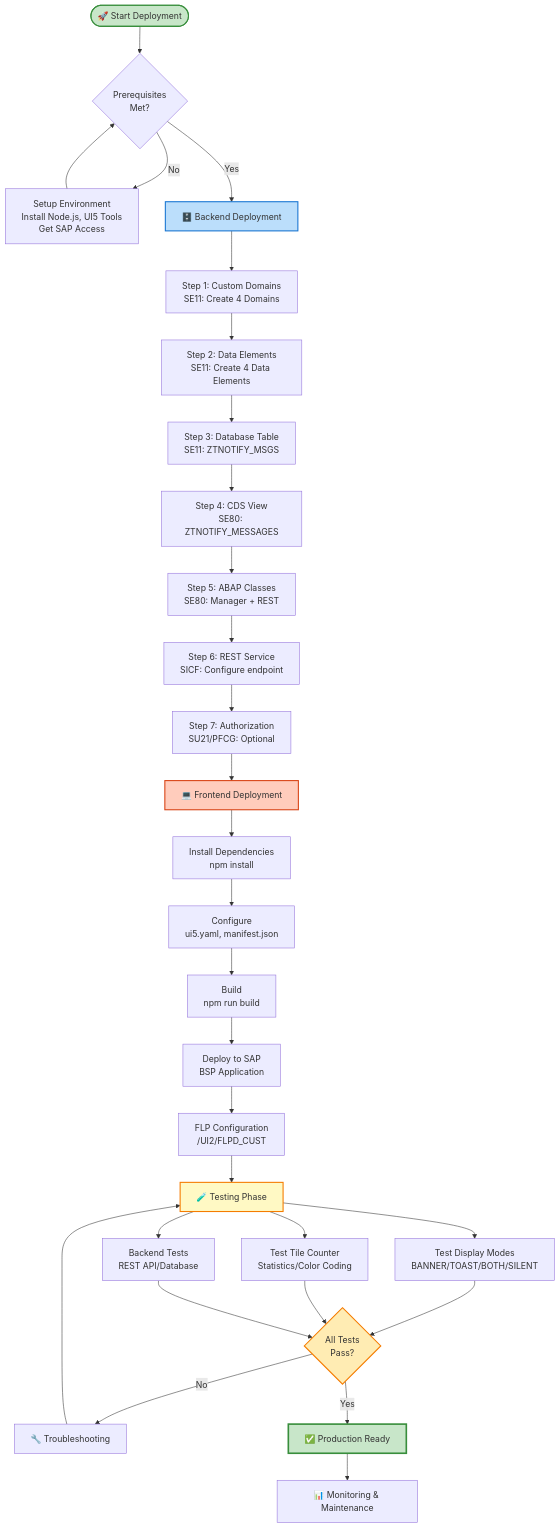
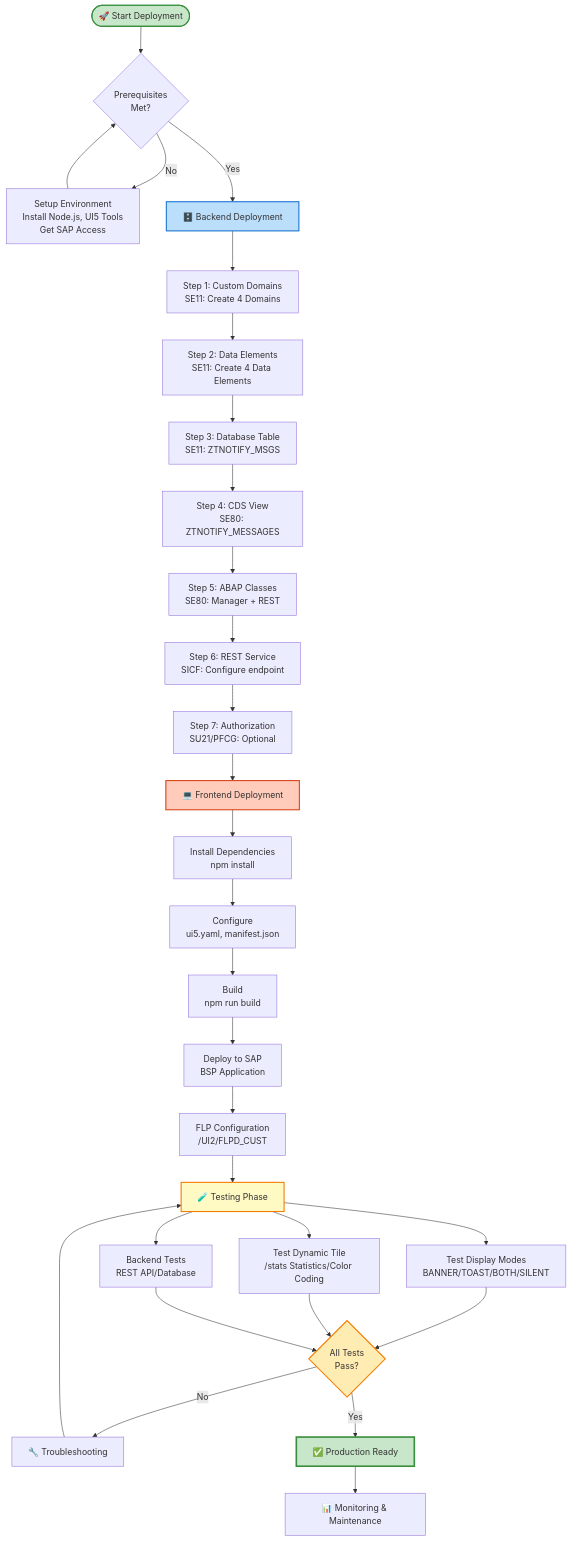
One commit to Raistlin82/sap-fiori-notification-banner changed the diagram in docs/DEPLOYMENT_GUIDE.md. Above: the diagram before and after it, drawn with Mermaid. The commit also changed other lines of this file and 28 other files, not shown here.

````diff
--- a/docs/DEPLOYMENT_GUIDE.md
+++ b/docs/DEPLOYMENT_GUIDE.md
@@ -162,43 +162,43 @@
 ```mermaid
 graph TB
     Start([🚀 Start Deployment]) --> Prerequisites{Prerequisites<br/>Met?}
     Prerequisites -->|No| SetupEnv[Setup Environment<br/>Install Node.js, UI5 Tools<br/>Get SAP Access]
     SetupEnv --> Prerequisites
     Prerequisites -->|Yes| Backend[🗄️ Backend Deployment]
 
     Backend --> Domains[Step 1: Custom Domains<br/>SE11: Create 4 Domains]
     Domains --> DataElements[Step 2: Data Elements<br/>SE11: Create 4 Data Elements]
     DataElements --> DB[Step 3: Database Table<br/>SE11: ZTNOTIFY_MSGS]
     DB --> CDS[Step 4: CDS View<br/>SE80: ZTNOTIFY_MESSAGES]
     CDS --> Classes[Step 5: ABAP Classes<br/>SE80: Manager + REST]
     Classes --> REST[Step 6: REST Service<br/>SICF: Configure endpoint]
     REST --> Auth[Step 7: Authorization<br/>SU21/PFCG: Optional]
 
     Auth --> Frontend[💻 Frontend Deployment]
     Frontend --> Install[Install Dependencies<br/>npm install]
     Install --> Configure[Configure<br/>ui5.yaml, manifest.json]
     Configure --> Build[Build<br/>npm run build]
     Build --> Deploy[Deploy to SAP<br/>BSP Application]
     Deploy --> FLP[FLP Configuration<br/>/UI2/FLPD_CUST]
 
     FLP --> Testing[🧪 Testing Phase]
     Testing --> DisplayModes[Test Display Modes<br/>BANNER/TOAST/BOTH/SILENT]
-    Testing --> TileCounter[Test Tile Counter<br/>Statistics/Color Coding]
+    Testing --> TileCounter[Test Dynamic Tile<br/>/stats Statistics/Color Coding]
     Testing --> BackendTest[Backend Tests<br/>REST API/Database]
 
     DisplayModes --> Verification{All Tests<br/>Pass?}
     TileCounter --> Verification
     BackendTest --> Verification
     Verification -->|No| Debug[🔧 Troubleshooting]
     Debug --> Testing
     Verification -->|Yes| Production[✅ Production Ready]
 
     Production --> Monitor[📊 Monitoring & Maintenance]
 
     style Start fill:#c8e6c9,stroke:#388e3c,stroke-width:2px
     style Backend fill:#bbdefb,stroke:#1976d2,stroke-width:2px
     style Frontend fill:#ffccbc,stroke:#d84315,stroke-width:2px
     style Testing fill:#fff9c4,stroke:#f57c00,stroke-width:2px
     style Production fill:#c8e6c9,stroke:#388e3c,stroke-width:3px
     style Verification fill:#ffecb3,stroke:#f57c00,stroke-width:2px
 ```
````
